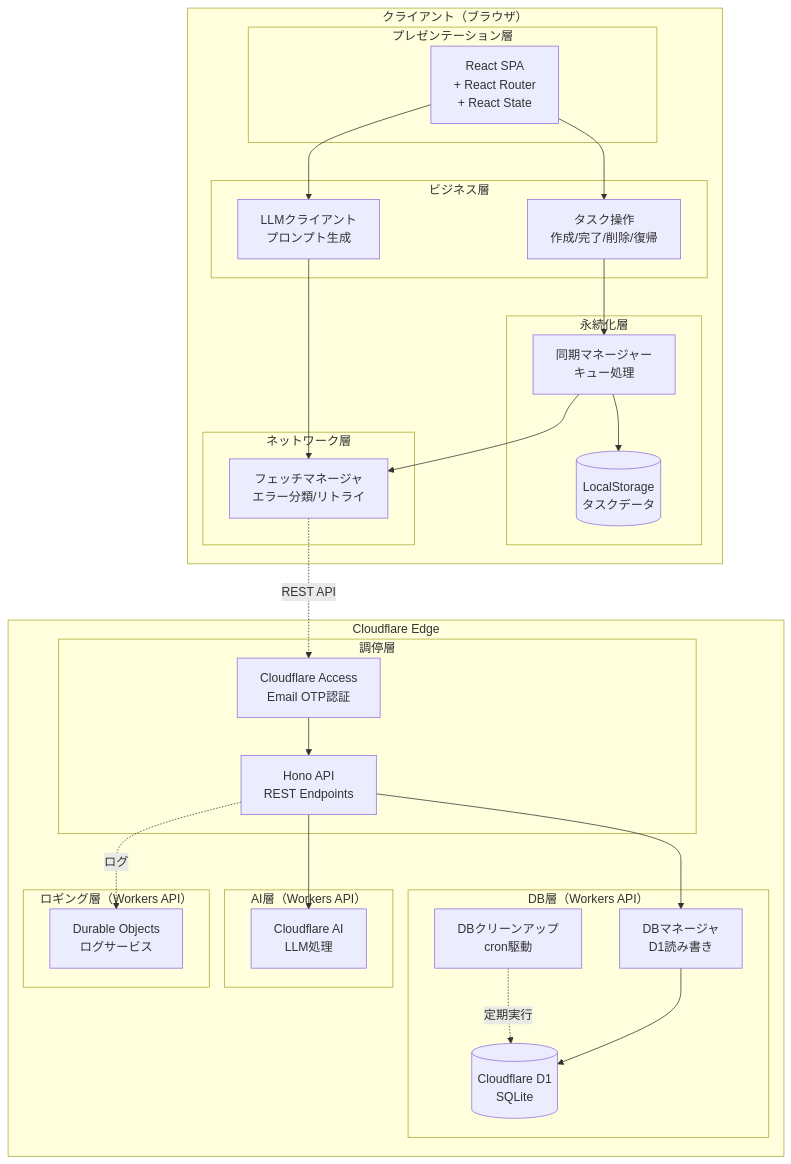
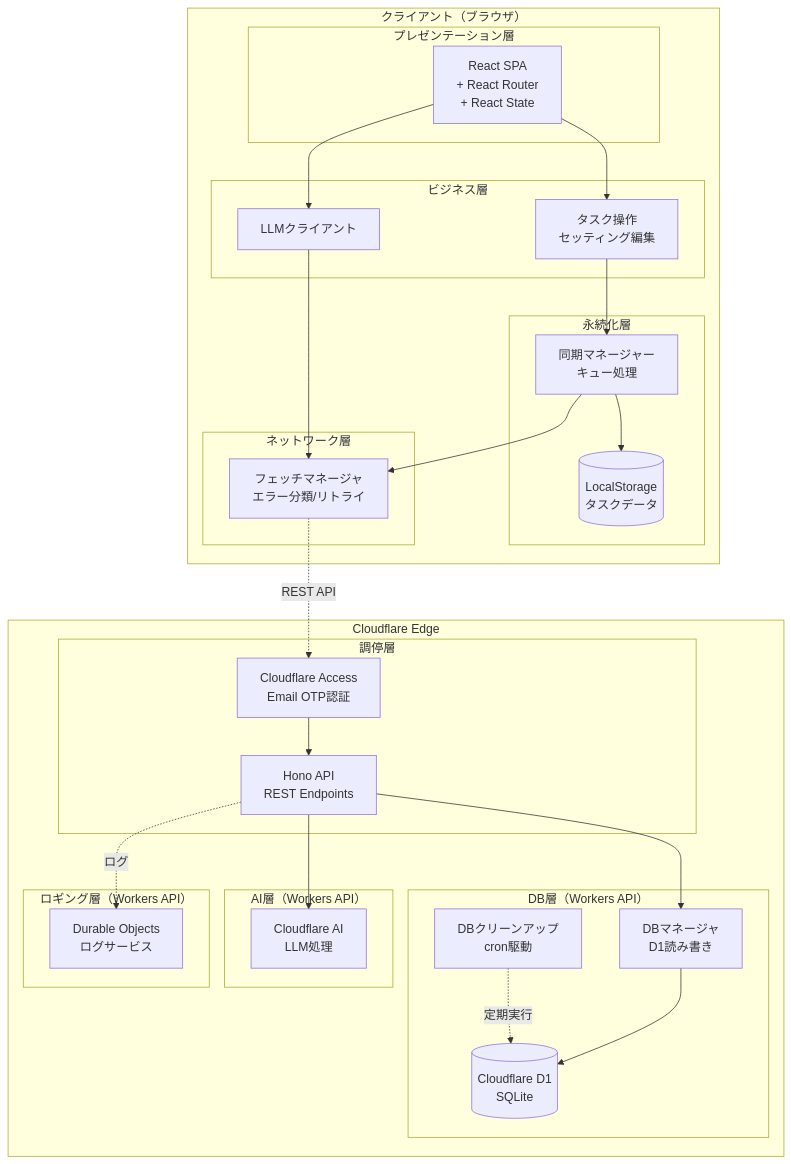
One commit to osawa-naotaka/vanishtodo changed the first of 3 diagrams in doc/04_ARCHETECTURE.md. Above: the diagram before and after it, drawn with Mermaid. The commit also changed other lines of this file, not shown here.

````diff
--- a/doc/04_ARCHETECTURE.md
+++ b/doc/04_ARCHETECTURE.md
@@ -27,59 +27,59 @@
 ```mermaid
 graph TB
     subgraph "クライアント（ブラウザ）"
         subgraph "プレゼンテーション層"
             UI[React SPA<br/>+ React Router<br/>+ React State]
         end
         
         subgraph "ビジネス層"
-            TaskOps[タスク操作<br/>作成/完了/削除/復帰]
-            LLMClient[LLMクライアント<br/>プロンプト生成]
+            TaskOps[タスク操作<br/>セッティング編集]
+            LLMClient[LLMクライアント]
         end
         
         subgraph "永続化層"
             LocalStorage[(LocalStorage<br/>タスクデータ)]
             SyncManager[同期マネージャー<br/>キュー処理]
         end
 
         subgraph "ネットワーク層"
             Fetch[フェッチマネージャ<br/>エラー分類/リトライ]
         end
     end
     
     subgraph "Cloudflare Edge"
 
         subgraph "調停層"
             Access[Cloudflare Access<br/>Email OTP認証]
             Workers[Hono API<br/>REST Endpoints]
         end
 
         subgraph "DB層（Workers API）"
             Cron[DBクリーンアップ<br/>cron駆動]
             DB[DBマネージャ<br/>D1読み書き]
             D1[(Cloudflare D1<br/>SQLite)]
         end
 
         subgraph "AI層（Workers API）"
             AI[Cloudflare AI<br/>LLM処理]
         end
 
         subgraph "ロギング層（Workers API）"
             DurableObj[Durable Objects<br/>ログサービス]
         end
 
     end
     
     UI --> TaskOps
     UI --> LLMClient
     TaskOps --> SyncManager
     LLMClient --> Fetch
     SyncManager --> LocalStorage
     SyncManager --> Fetch
     Fetch -.REST API.-> Access
     Access --> Workers
     Workers --> DB
     Workers -.ログ.-> DurableObj
     Workers --> AI
     Cron -.定期実行.-> D1
     DB --> D1
 ```
````
